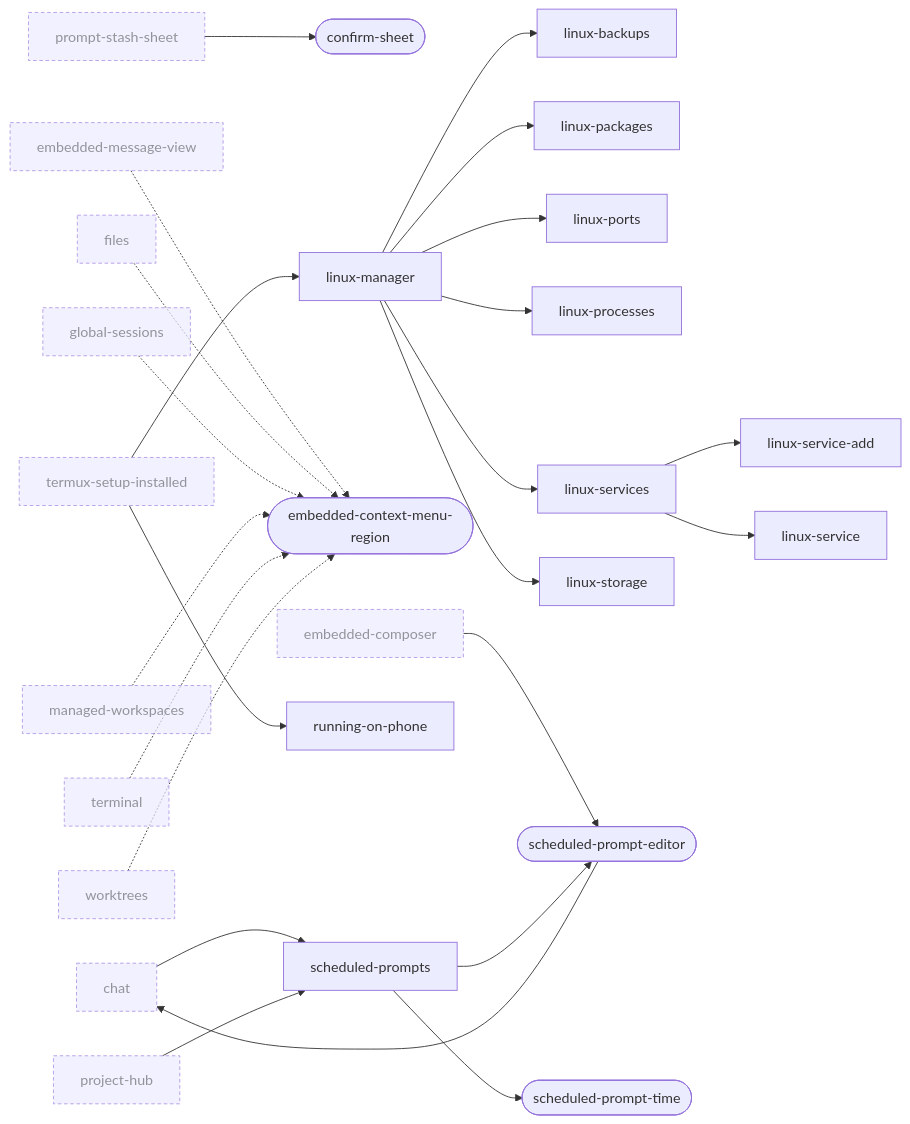
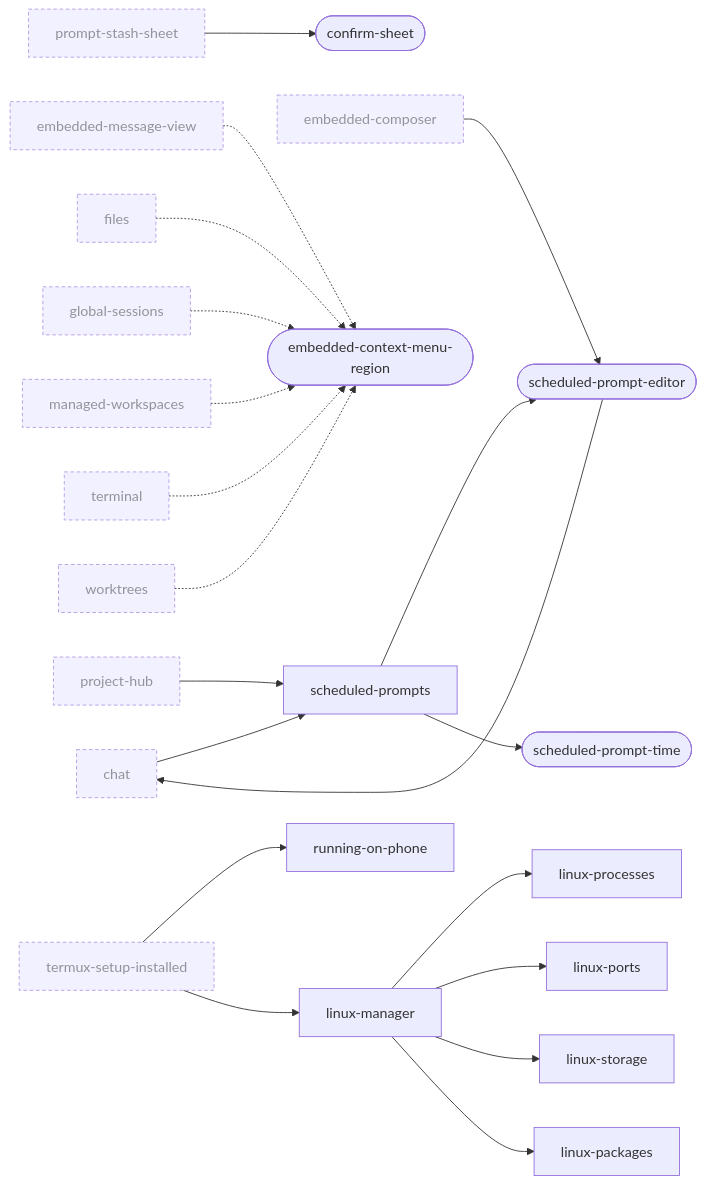
Before and after one commit to Eslamasabry/opencode-mobile-next: diagram 11 of 11 in docs/design/ui-ledger/navigation.md, drawn with Mermaid. The commit also changed other lines of this file and 122 other files, not shown here.

````diff
--- a/docs/design/ui-ledger/navigation.md
+++ b/docs/design/ui-ledger/navigation.md
@@ -1229,53 +1148,45 @@
 ```mermaid
 graph LR
   chat["chat"]:::ext
   confirm_sheet(["confirm-sheet"])
   embedded_composer["embedded-composer"]:::ext
   embedded_context_menu_region(["embedded-context-menu-region"])
   embedded_message_view["embedded-message-view"]:::ext
   files["files"]:::ext
   global_sessions["global-sessions"]:::ext
-  linux_backups["linux-backups"]
   linux_manager["linux-manager"]
   linux_packages["linux-packages"]
   linux_ports["linux-ports"]
   linux_processes["linux-processes"]
-  linux_service["linux-service"]
-  linux_service_add["linux-service-add"]
-  linux_services["linux-services"]
   linux_storage["linux-storage"]
   managed_workspaces["managed-workspaces"]:::ext
   project_hub["project-hub"]:::ext
   prompt_stash_sheet["prompt-stash-sheet"]:::ext
   running_on_phone["running-on-phone"]
   scheduled_prompt_editor(["scheduled-prompt-editor"])
   scheduled_prompt_time(["scheduled-prompt-time"])
   scheduled_prompts["scheduled-prompts"]
   terminal["terminal"]:::ext
   termux_setup_installed["termux-setup-installed"]:::ext
   worktrees["worktrees"]:::ext
   chat --> scheduled_prompts
   embedded_composer --> scheduled_prompt_editor
   prompt_stash_sheet --> confirm_sheet
   project_hub --> scheduled_prompts
   termux_setup_installed --> running_on_phone
-  linux_manager --> linux_services
   linux_manager --> linux_processes
   linux_manager --> linux_ports
   linux_manager --> linux_storage
   linux_manager --> linux_packages
-  linux_manager --> linux_backups
-  linux_services --> linux_service_add
-  linux_services --> linux_service
   scheduled_prompts --> scheduled_prompt_editor
   scheduled_prompts --> scheduled_prompt_time
   scheduled_prompt_editor --> chat
   embedded_message_view -.-> embedded_context_menu_region
   files -.-> embedded_context_menu_region
   global_sessions -.-> embedded_context_menu_region
   managed_workspaces -.-> embedded_context_menu_region
   terminal -.-> embedded_context_menu_region
   worktrees -.-> embedded_context_menu_region
   termux_setup_installed --> linux_manager
   classDef ext stroke-dasharray: 4 3,opacity:0.7
 ```
````
